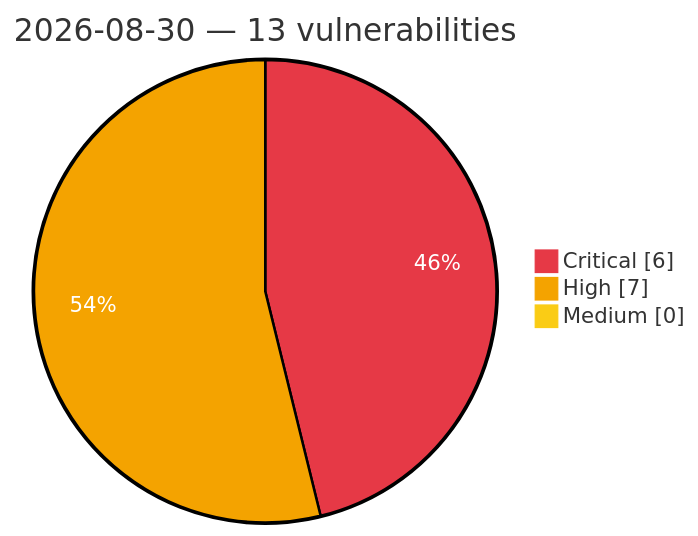
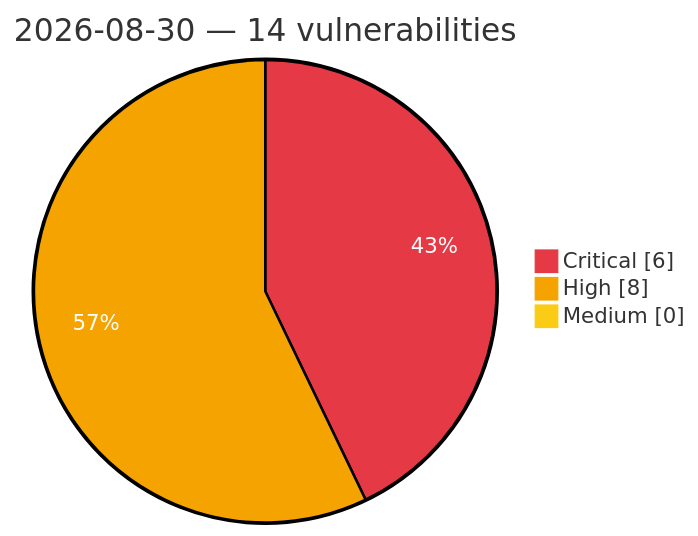
Before and after one commit to GhostX0X/vuln-tracker: the diagram in vulnerabilities/2026/August/2026-08-30.md, drawn with Mermaid. The commit also changed other lines of this file and 5 other files, not shown here.

````diff
--- a/vulnerabilities/2026/August/2026-08-30.md
+++ b/vulnerabilities/2026/August/2026-08-30.md
@@ -3,8 +3,8 @@
 ```mermaid
 %%{init: {'theme':'base', 'themeVariables': {'pie1':'#e63946', 'pie2':'#f4a300', 'pie3':'#facc15', 'pieOpacity':'1', 'pieOuterStrokeWidth':'2px', 'pieSectionTextColor':'#ffffff'}}}%%
 pie showData
-    title 2026-08-30 — 13 vulnerabilities
+    title 2026-08-30 — 14 vulnerabilities
     "Critical" : 6
-    "High" : 7
+    "High" : 8
     "Medium" : 0
 ```
````
